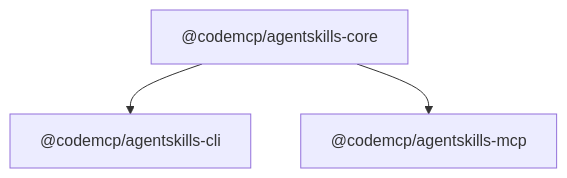
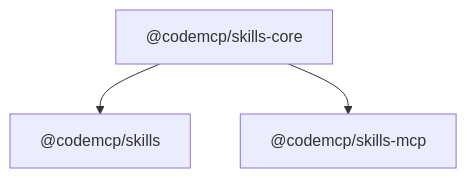
One commit to mrsimpson/agentskills changed the diagram in docs/architecture/packages.md. Above: the diagram before and after it, drawn with Mermaid. The commit also changed other lines of this file and 33 other files, not shown here.

````diff
--- a/docs/architecture/packages.md
+++ b/docs/architecture/packages.md
@@ -7,9 +7,9 @@
 ```mermaid
 graph TD
-    core["@codemcp/agentskills-core"]
-    cli["@codemcp/agentskills-cli"]
-    mcp["@codemcp/agentskills-mcp"]
+    core["@codemcp/skills-core"]
+    cli["@codemcp/skills"]
+    mcp["@codemcp/skills-mcp"]
 
     core --> cli
     core --> mcp
 ```
````
